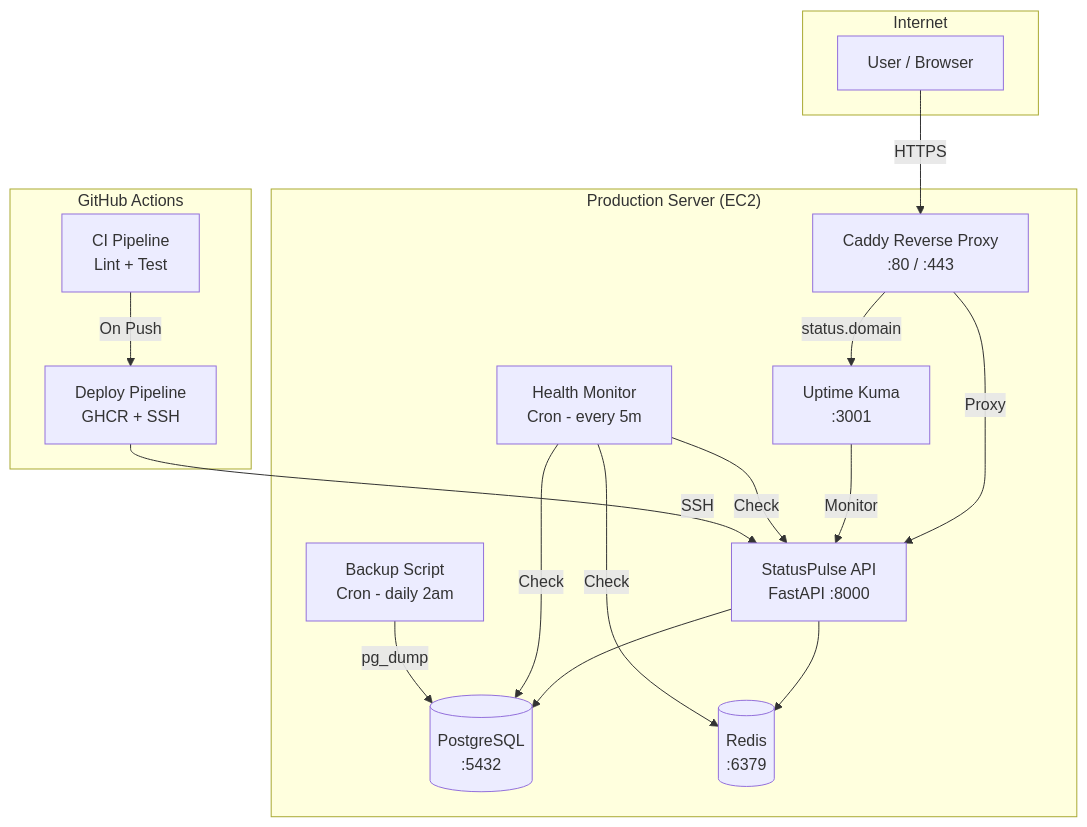
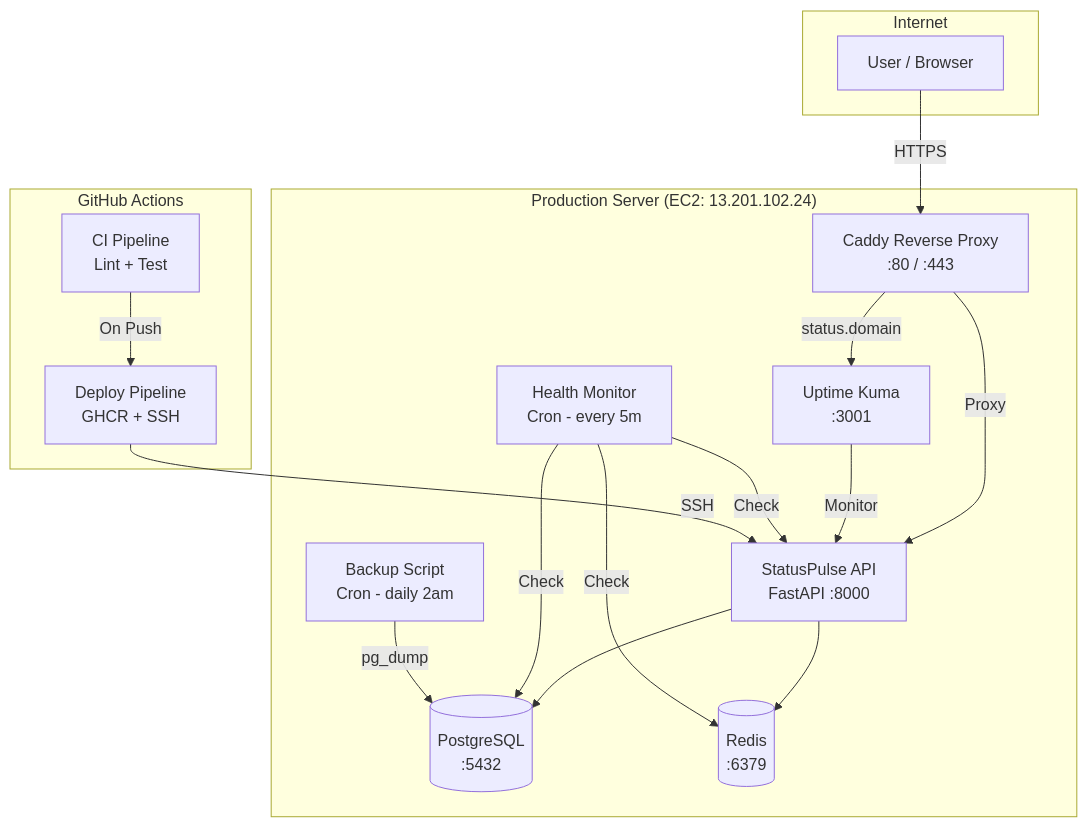
One commit to Tushar-ops23/statuspulse changed the diagram in README.md. Above: the diagram before and after it, drawn with Mermaid. The commit also changed other lines of this file, not shown here.

Commit message:
docs: update live server links and trigger deployment

````diff
--- a/README.md
+++ b/README.md
@@ -7,34 +7,34 @@
 ```mermaid
 graph TB
     subgraph Internet
         User[User / Browser]
     end
 
-    subgraph Server["Production Server (EC2)"]
+    subgraph Server["Production Server (EC2: 13.201.102.24)"]
         Caddy[Caddy Reverse Proxy<br/>:80 / :443]
         App[StatusPulse API<br/>FastAPI :8000]
         PG[(PostgreSQL<br/>:5432)]
         RD[(Redis<br/>:6379)]
         UK[Uptime Kuma<br/>:3001]
         Monitor[Health Monitor<br/>Cron - every 5m]
         Backup[Backup Script<br/>Cron - daily 2am]
     end
 
     subgraph CI_CD["GitHub Actions"]
         CI[CI Pipeline<br/>Lint + Test]
         Deploy[Deploy Pipeline<br/>GHCR + SSH]
     end
 
     User -->|HTTPS| Caddy
     Caddy -->|Proxy| App
     App --> PG
     App --> RD
     Caddy -->|status.domain| UK
     UK -->|Monitor| App
     Monitor -->|Check| App
     Monitor -->|Check| PG
     Monitor -->|Check| RD
     Backup -->|pg_dump| PG
     CI -->|On Push| Deploy
     Deploy -->|SSH| App
 ```
````
